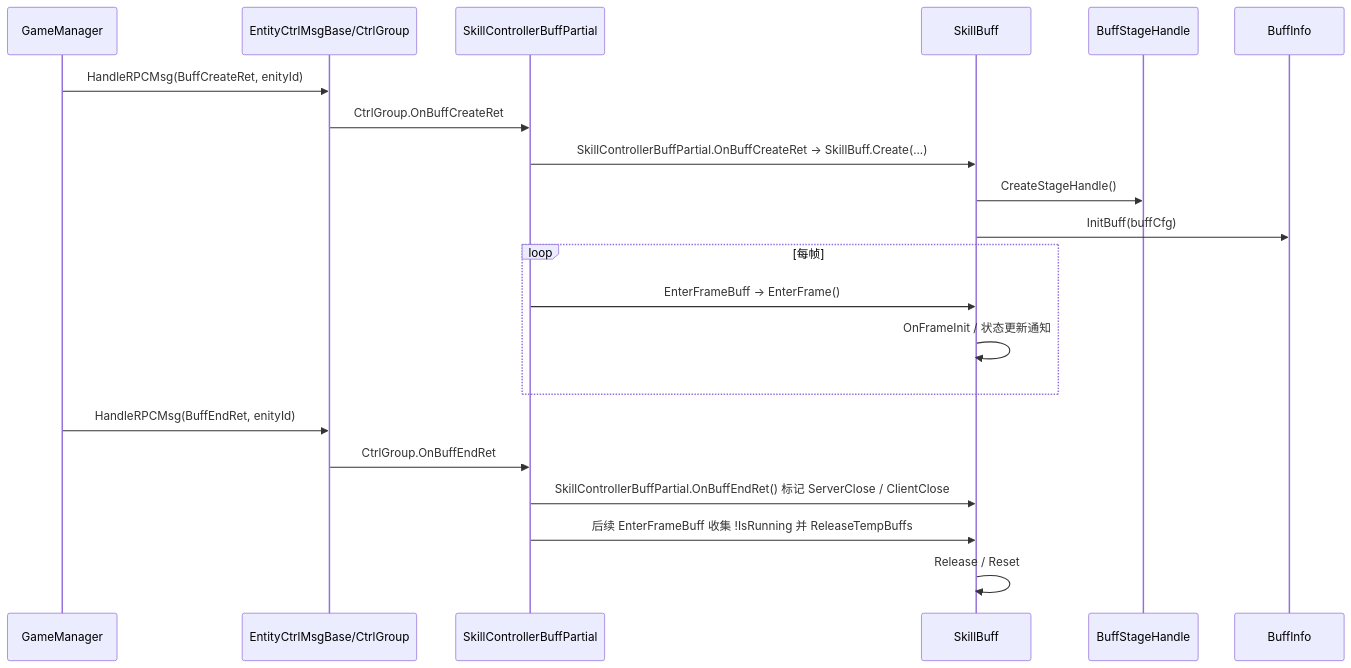
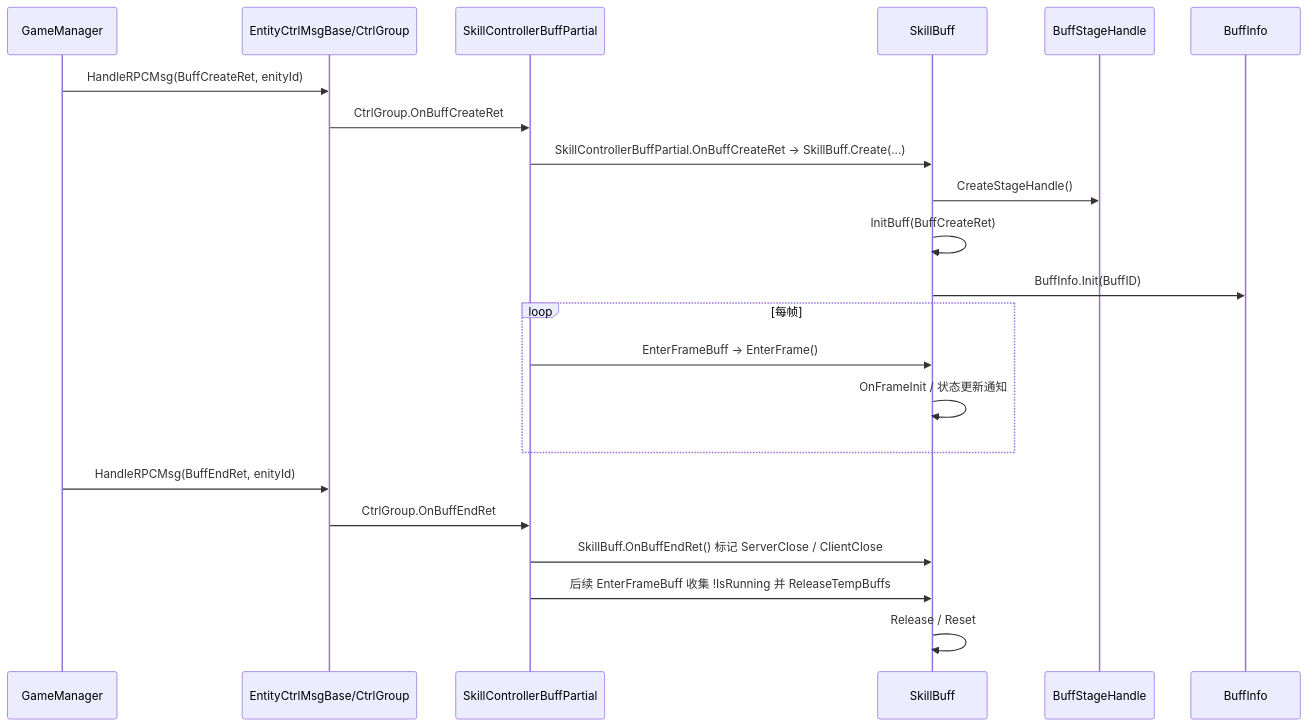
The second of 2 diagrams in diagrams/battle/L4_COMBAT_EFFECT.md (BoyLei/Stars), drawn with Mermaid before and after one commit. The commit also changed other lines of this file and 18 other files, not shown here.

````diff
--- a/diagrams/battle/L4_COMBAT_EFFECT.md
+++ b/diagrams/battle/L4_COMBAT_EFFECT.md
@@ -48,23 +48,24 @@
 ```mermaid
 sequenceDiagram
     participant GM as GameManager
     participant ECG as EntityCtrlMsgBase/CtrlGroup
     participant Src as SkillControllerBuffPartial
     participant SB as SkillBuff
     participant BSH as BuffStageHandle
     participant BI as BuffInfo
     GM->>ECG: HandleRPCMsg(BuffCreateRet, enityId)
     ECG->>Src: CtrlGroup.OnBuffCreateRet
     Src->>SB: SkillControllerBuffPartial.OnBuffCreateRet -> SkillBuff.Create(...)
     SB->>BSH: CreateStageHandle()
-    SB->>BI: InitBuff(buffCfg)
+    SB->>SB: InitBuff(BuffCreateRet)
+    SB->>BI: BuffInfo.Init(BuffID)
     loop 每帧
         Src->>SB: EnterFrameBuff -> EnterFrame()
         SB->>SB: OnFrameInit / 状态更新通知
     end
     GM->>ECG: HandleRPCMsg(BuffEndRet, enityId)
     ECG->>Src: CtrlGroup.OnBuffEndRet
-    Src->>SB: SkillControllerBuffPartial.OnBuffEndRet() 标记 ServerClose / ClientClose
+    Src->>SB: SkillBuff.OnBuffEndRet() 标记 ServerClose / ClientClose
     Src->>SB: 后续 EnterFrameBuff 收集 !IsRunning 并 ReleaseTempBuffs
     SB->>SB: Release / Reset
 ```
````
